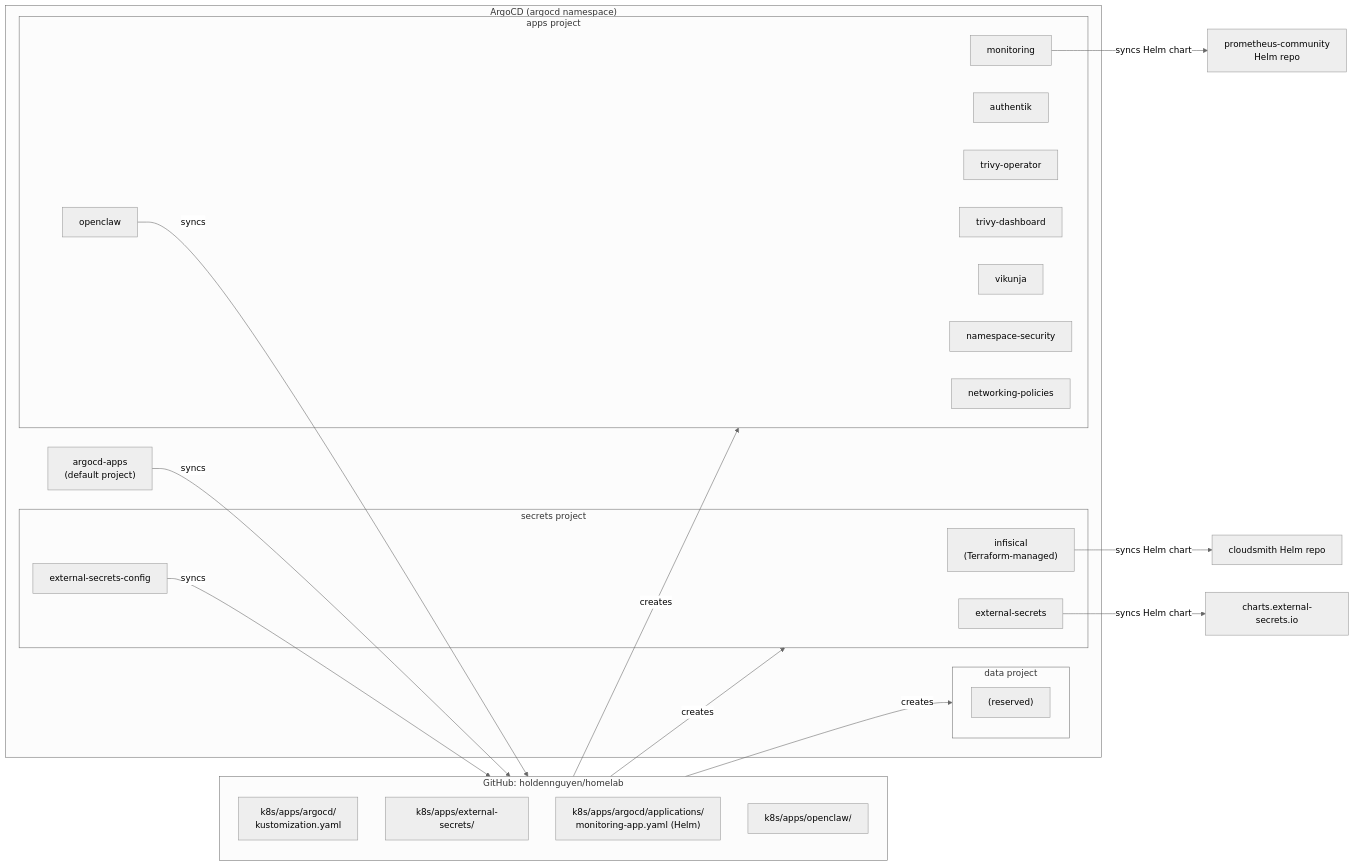
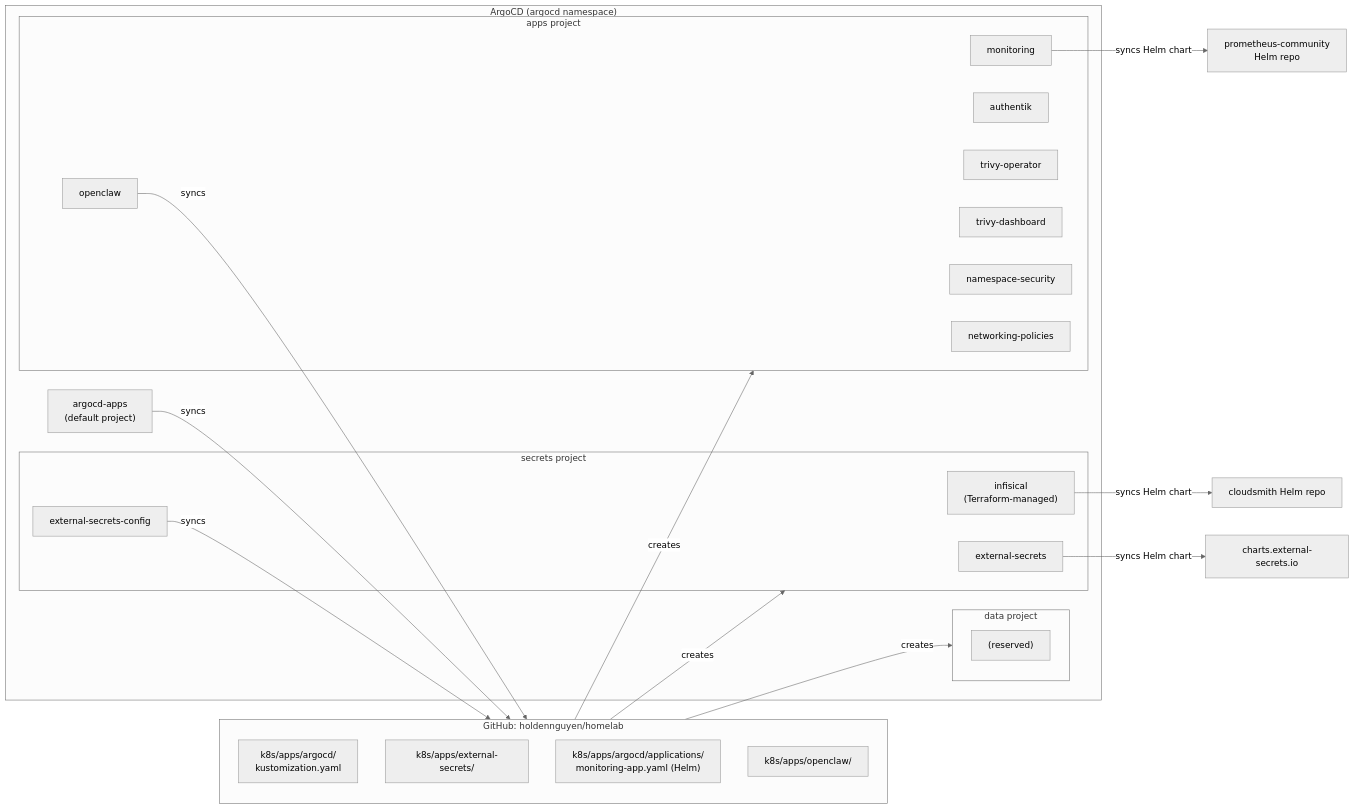
Before and after one commit to haingth77/homelab: the second of 4 diagrams in docs/getting-started/architecture.md, drawn with Mermaid (neutral theme). The commit also changed other lines of this file and 46 other files, not shown here.

````diff
--- a/docs/getting-started/architecture.md
+++ b/docs/getting-started/architecture.md
@@ -72,46 +72,45 @@
 ```mermaid
 flowchart LR
     subgraph git["GitHub: holdennguyen/homelab"]
         direction TB
         RootDir["k8s/apps/argocd/\nkustomization.yaml"]
         ESDir["k8s/apps/external-secrets/"]
         MonDir["k8s/apps/argocd/applications/\nmonitoring-app.yaml (Helm)"]
         OCDir["k8s/apps/openclaw/"]
     end
 
     subgraph argocd["ArgoCD (argocd namespace)"]
         RootApp["argocd-apps\n(default project)"]
 
         subgraph secretsProj["secrets project"]
             InfisicalApp["infisical\n(Terraform-managed)"]
             ESOApp["external-secrets"]
             ESCApp["external-secrets-config"]
         end
 
         subgraph dataProj["data project"]
             DataPlaceholder["(reserved)"]
         end
 
         subgraph appsProj["apps project"]
             MonApp["monitoring"]
             AuthApp["authentik"]
             OCApp["openclaw"]
             TrivyApp["trivy-operator"]
             TrivyDashApp["trivy-dashboard"]
-            VikApp["vikunja"]
             NSApp["namespace-security"]
             NPApp["networking-policies"]
         end
     end
 
     RootApp -- "syncs" --> RootDir
     RootDir -- "creates" --> secretsProj
     RootDir -- "creates" --> dataProj
     RootDir -- "creates" --> appsProj
 
     ESOApp -- "syncs Helm chart" --> ESOChart["charts.external-secrets.io"]
     ESCApp -- "syncs" --> ESDir
     MonApp -- "syncs Helm chart" --> MonChart["prometheus-community\nHelm repo"]
     OCApp -- "syncs" --> OCDir
     InfisicalApp -- "syncs Helm chart" --> InfisicalChart["cloudsmith Helm repo"]
 ```
````
